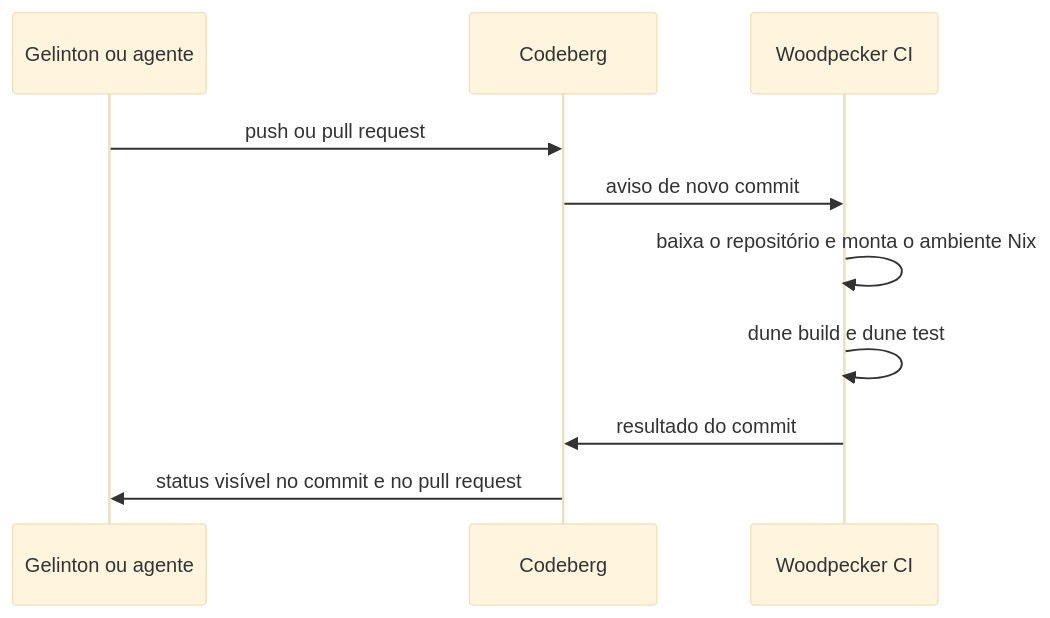
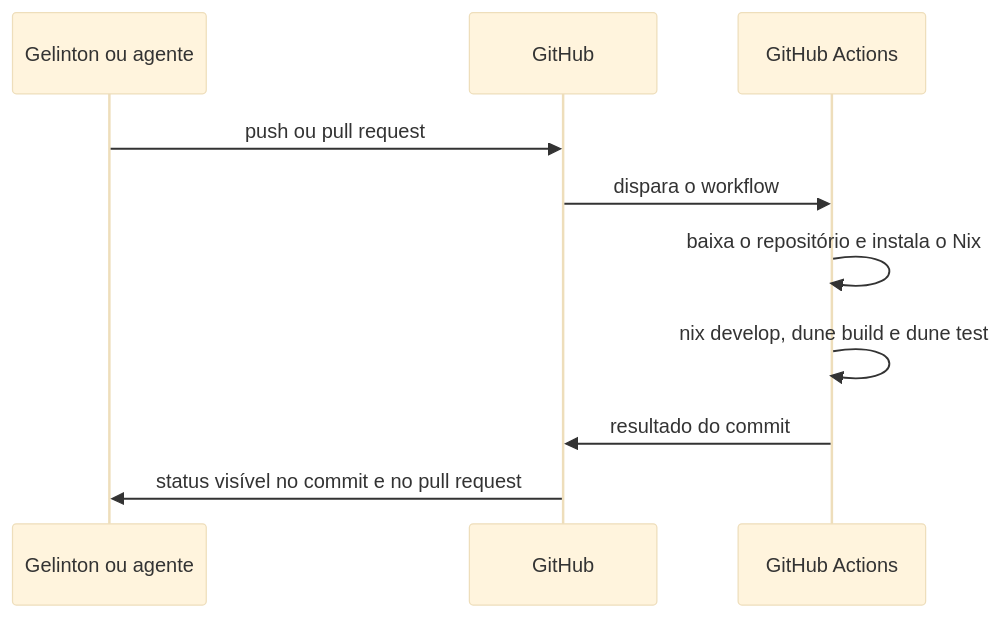
One commit to jus-lang/juscore changed the second of 5 diagrams in docs/juscore-architecture.md. Above: the diagram before and after it, drawn with Mermaid (base theme). The commit also changed other lines of this file and 1 other file, not shown here.

Commit message:
Arquitetura 0.1-draft6: GitHub e CI no GitHub Actions

````diff
--- a/docs/juscore-architecture.md
+++ b/docs/juscore-architecture.md
@@ -140,12 +140,12 @@
 ```mermaid
 sequenceDiagram
   participant Dev as Gelinton ou agente
-  participant CB as Codeberg
-  participant CI as Woodpecker CI
-  Dev->>CB: push ou pull request
-  CB->>CI: aviso de novo commit
-  CI->>CI: baixa o repositório e monta o ambiente Nix
-  CI->>CI: dune build e dune test
-  CI->>CB: resultado do commit
-  CB->>Dev: status visível no commit e no pull request
+  participant GH as GitHub
+  participant CI as GitHub Actions
+  Dev->>GH: push ou pull request
+  GH->>CI: dispara o workflow
+  CI->>CI: baixa o repositório e instala o Nix
+  CI->>CI: nix develop, dune build e dune test
+  CI->>GH: resultado do commit
+  GH->>Dev: status visível no commit e no pull request
 ```
````
